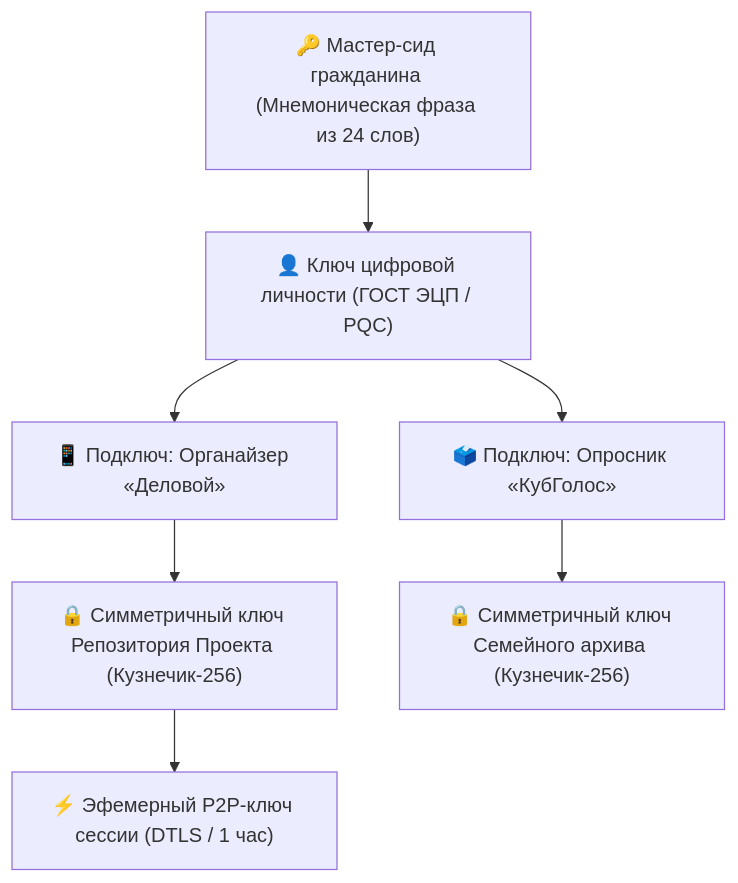
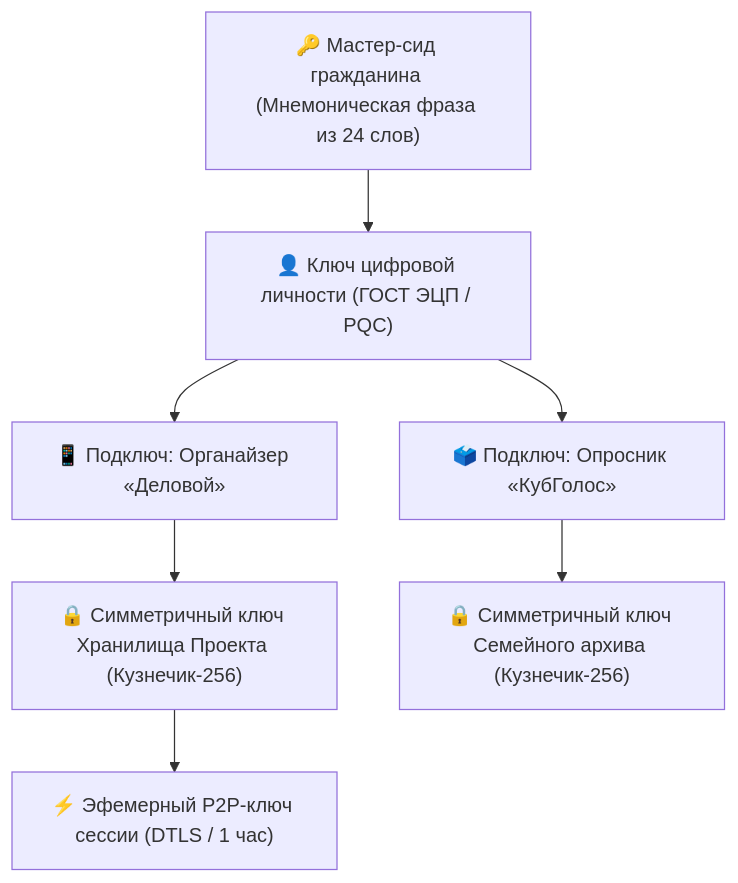
The fourth of 10 diagrams in architecture_presentations/07_cryptography_and_api_economy/docs/presentation_deck.md (Data-Independence-Network/presentations), drawn with Mermaid before and after one commit. The commit also changed other lines of this file and 28 other files, not shown here.

```diff
--- a/architecture_presentations/07_cryptography_and_api_economy/docs/presentation_deck.md
+++ b/architecture_presentations/07_cryptography_and_api_economy/docs/presentation_deck.md
@@ -243,17 +243,17 @@
         <div class="mermaid">
 graph TD
     Seed["🔑 Мастер-сид гражданина (Мнемоническая фраза из 24 слов)"]
     Identity["👤 Ключ цифровой личности (ГОСТ ЭЦП / PQC)"]
     AppA["📱 Подключ: Органайзер «Деловой»"]
     AppB["🗳️ Подключ: Опросник «КубГолос»"]
-    Repo1["🔒 Симметричный ключ Репозитория Проекта (Кузнечик-256)"]
+    Repo1["🔒 Симметричный ключ Хранилища Проекта (Кузнечик-256)"]
     Repo2["🔒 Симметричный ключ Семейного архива (Кузнечик-256)"]
     Session["⚡ Эфемерный P2P-ключ сессии (DTLS / 1 час)"]
 
     Seed --> Identity
     Identity --> AppA
     Identity --> AppB
     AppA --> Repo1
     AppB --> Repo2
     Repo1 --> Session
         </div>
```
